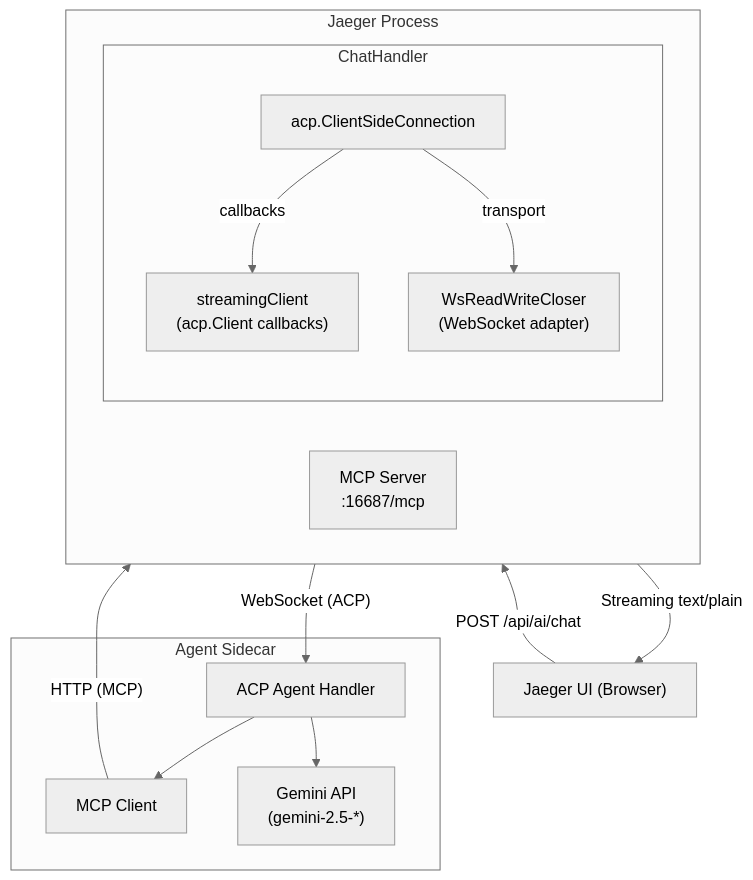
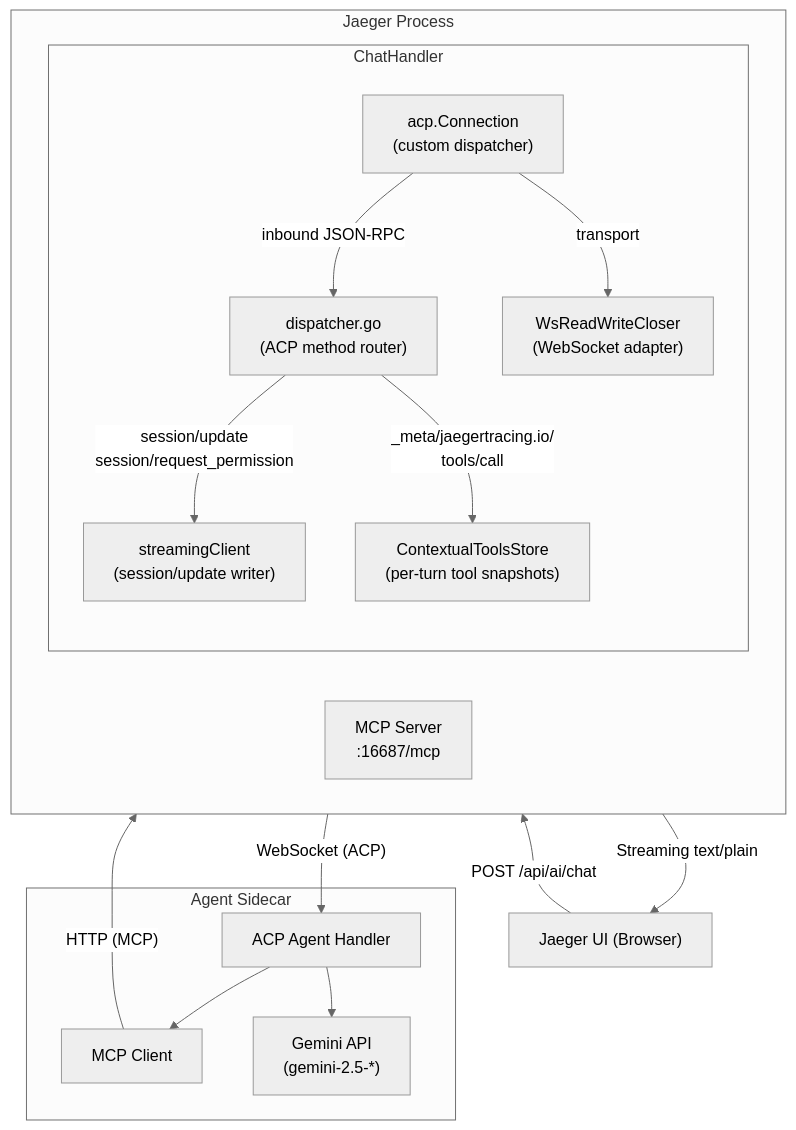
The first of 2 diagrams in cmd/jaeger/internal/extension/jaegerquery/internal/jaegerai/README.md (jaegertracing/jaeger), drawn with Mermaid (neutral theme) before and after one commit. The commit also changed other lines of this file and 3 other files, not shown here.

````diff
--- a/cmd/jaeger/internal/extension/jaegerquery/internal/jaegerai/README.md
+++ b/cmd/jaeger/internal/extension/jaegerquery/internal/jaegerai/README.md
@@ -9,30 +14,34 @@
 ```mermaid
 flowchart TB
     UI["Jaeger UI (Browser)"]
 
     subgraph jaeger["Jaeger Process"]
         direction LR
         MCP["MCP Server<br>:16687/mcp"]
         subgraph handler["ChatHandler"]
             direction TB
-            ACPCONN["acp.ClientSideConnection"]
-            SC["streamingClient<br>(acp.Client callbacks)"]
+            ACPCONN["acp.Connection<br>(custom dispatcher)"]
+            DISPATCH["dispatcher.go<br>(ACP method router)"]
+            SC["streamingClient<br>(session/update writer)"]
             WS["WsReadWriteCloser<br>(WebSocket adapter)"]
-            ACPCONN -- "callbacks" --> SC
+            STORE["ContextualToolsStore<br>(per-turn tool snapshots)"]
+            ACPCONN -- "inbound JSON-RPC" --> DISPATCH
+            DISPATCH -- "session/update<br>session/request_permission" --> SC
+            DISPATCH -- "_meta/jaegertracing.io/<br>tools/call" --> STORE
             ACPCONN -- "transport" --> WS
         end
     end
 
     subgraph sidecar["Agent Sidecar"]
         AGENT["ACP Agent Handler"]
         MCPCLIENT["MCP Client"]
         GEMINI["Gemini API<br>(gemini-2.5-*)"]
         AGENT --> MCPCLIENT
         AGENT --> GEMINI
     end
 
     UI -- "POST /api/ai/chat" --> handler
     SC -- "Streaming text/plain" --> UI
     WS -- "WebSocket (ACP)" --> AGENT
     MCPCLIENT -- "HTTP (MCP)" --> MCP
 ```
````
